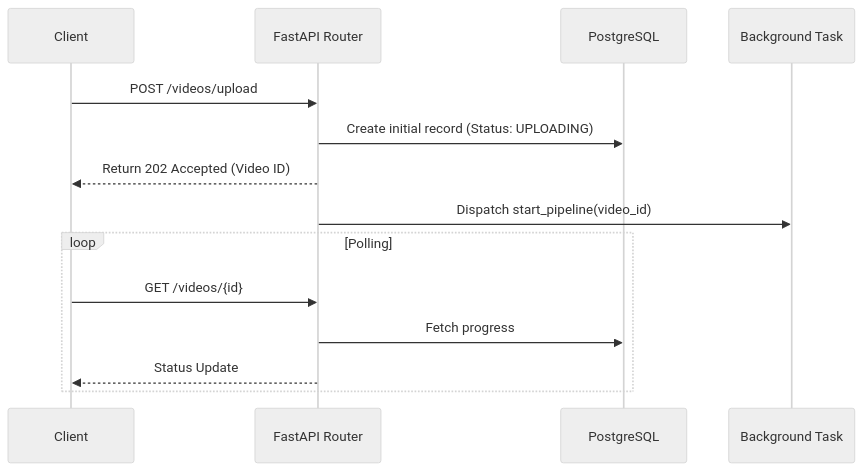
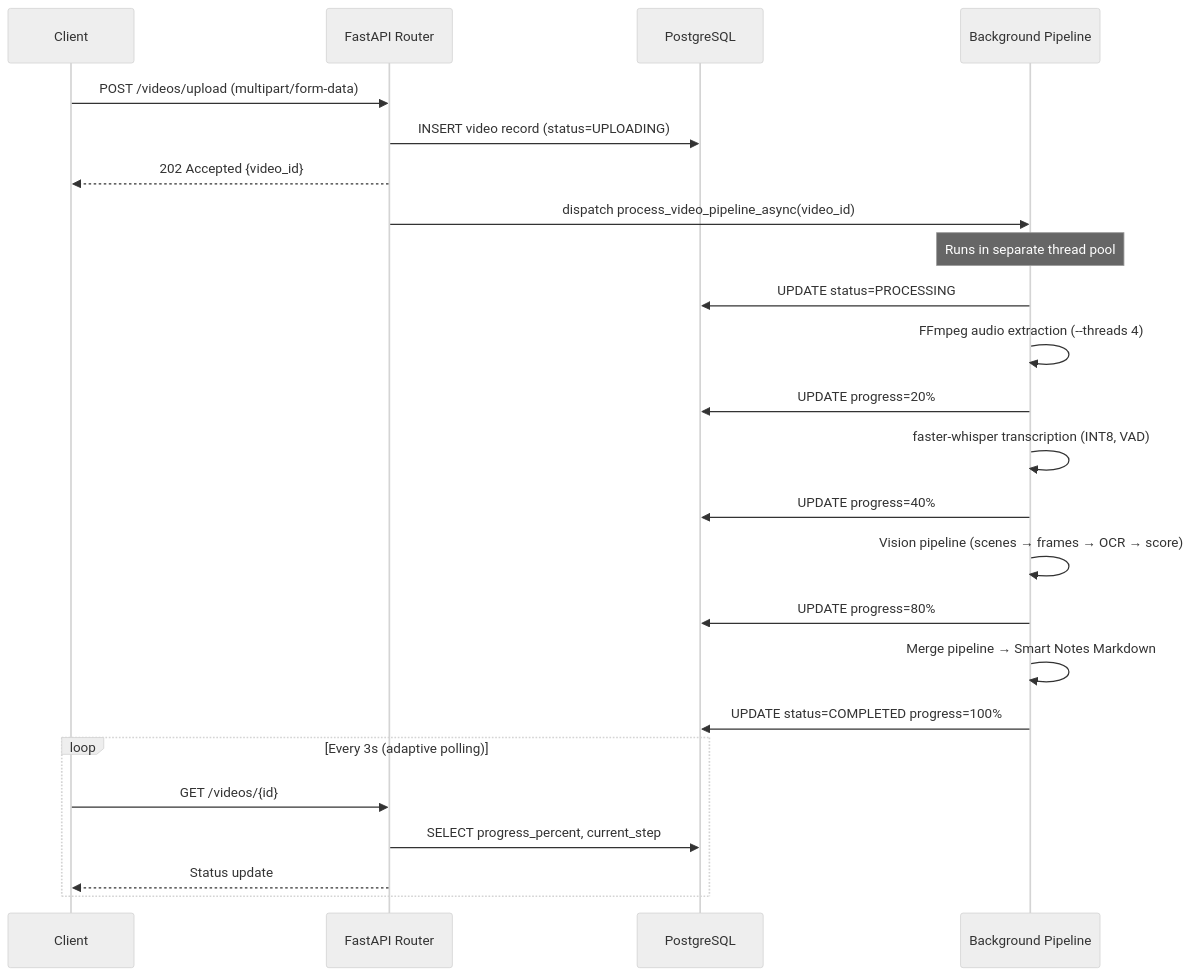
One commit to Meetvirugama/EduScribe-AI changed the diagram in docs/Backend.md. Above: the diagram before and after it, drawn with Mermaid (neutral theme). The commit also changed other lines of this file and 17 other files, not shown here.

````diff
--- a/docs/Backend.md
+++ b/docs/Backend.md
@@ -15,19 +27,29 @@
 ```mermaid
 sequenceDiagram
     participant C as Client
     participant API as FastAPI Router
     participant DB as PostgreSQL
-    participant Worker as Background Task
-    
-    C->>API: POST /videos/upload
-    API->>DB: Create initial record (Status: UPLOADING)
-    API-->>C: Return 202 Accepted (Video ID)
-    
-    API->>Worker: Dispatch start_pipeline(video_id)
-    
-    loop Polling
+    participant BG as Background Pipeline
+
+    C->>API: POST /videos/upload (multipart/form-data)
+    API->>DB: INSERT video record (status=UPLOADING)
+    API-->>C: 202 Accepted {video_id}
+    API->>BG: dispatch process_video_pipeline_async(video_id)
+
+    Note over BG: Runs in separate thread pool
+    BG->>DB: UPDATE status=PROCESSING
+    BG->>BG: FFmpeg audio extraction (--threads 4)
+    BG->>DB: UPDATE progress=20%
+    BG->>BG: faster-whisper transcription (INT8, VAD)
+    BG->>DB: UPDATE progress=40%
+    BG->>BG: Vision pipeline (scenes → frames → OCR → score)
+    BG->>DB: UPDATE progress=80%
+    BG->>BG: Merge pipeline → Smart Notes Markdown
+    BG->>DB: UPDATE status=COMPLETED progress=100%
+
+    loop Every 3s (adaptive polling)
         C->>API: GET /videos/{id}
-        API->>DB: Fetch progress
-        API-->>C: Status Update
+        API->>DB: SELECT progress_percent, current_step
+        API-->>C: Status update
     end
 ```
````
